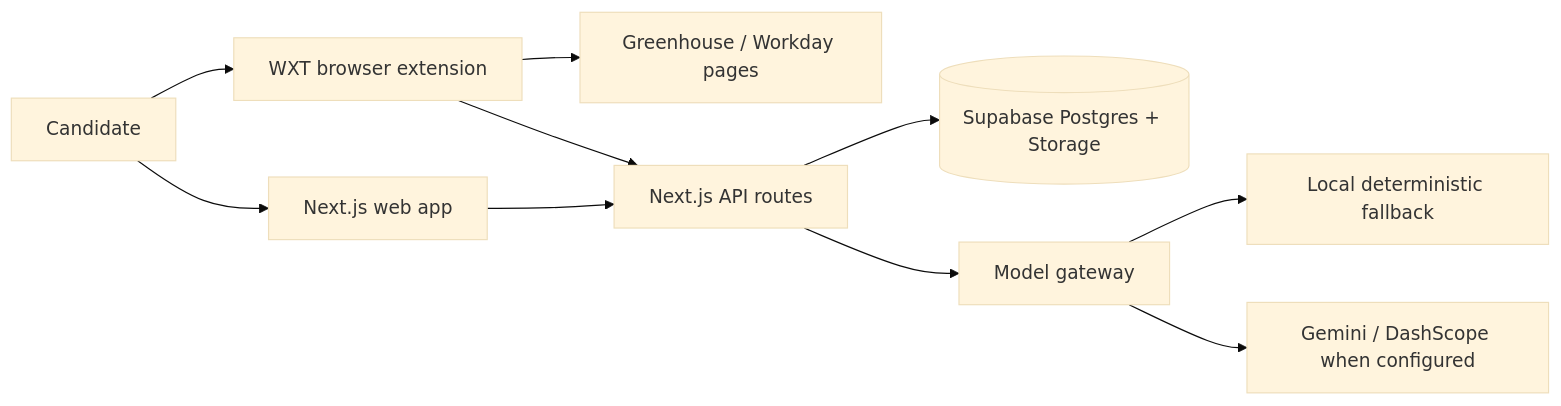
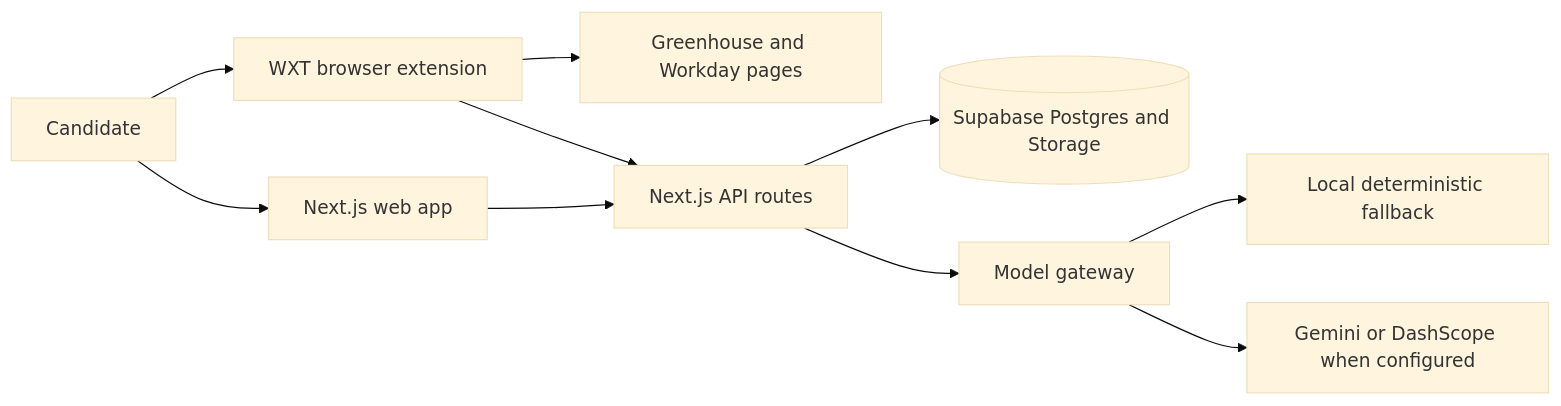
Before and after one commit to DivSeth/JobTracker: the diagram in README.md, drawn with Mermaid (base theme). The commit also changed other lines of this file, not shown here.

Commit message:
docs: fix README architecture diagram rendering

````diff
--- a/README.md
+++ b/README.md
@@ -48,12 +48,12 @@
 ```mermaid
 flowchart LR
-  User[Candidate] --> Web[Next.js web app]
-  User --> Extension[WXT browser extension]
-  Extension --> ATS[Greenhouse / Workday pages]
-  Extension --> API[Next.js API routes]
+  User["Candidate"] --> Web["Next.js web app"]
+  User --> Extension["WXT browser extension"]
+  Extension --> ATS["Greenhouse and Workday pages"]
+  Extension --> API["Next.js API routes"]
   Web --> API
-  API --> Supabase[(Supabase Postgres + Storage)]
-  API --> Gateway[Model gateway]
-  Gateway --> Local[Local deterministic fallback]
-  Gateway --> Providers[Gemini / DashScope when configured]
+  API --> Supabase[("Supabase Postgres and Storage")]
+  API --> Gateway["Model gateway"]
+  Gateway --> Local["Local deterministic fallback"]
+  Gateway --> Providers["Gemini or DashScope when configured"]
 ```
````
